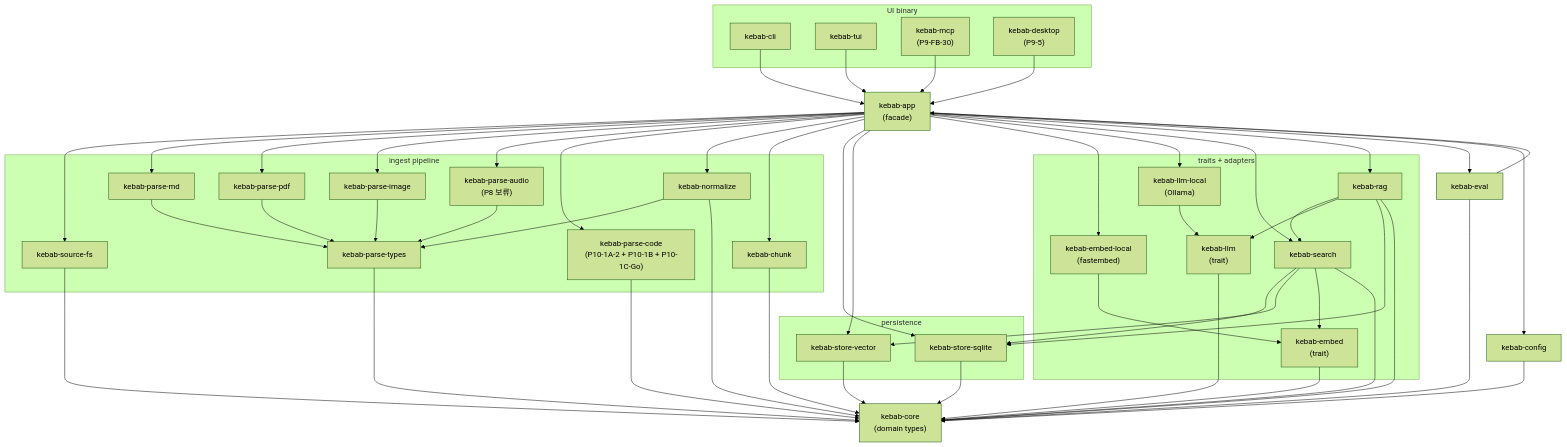
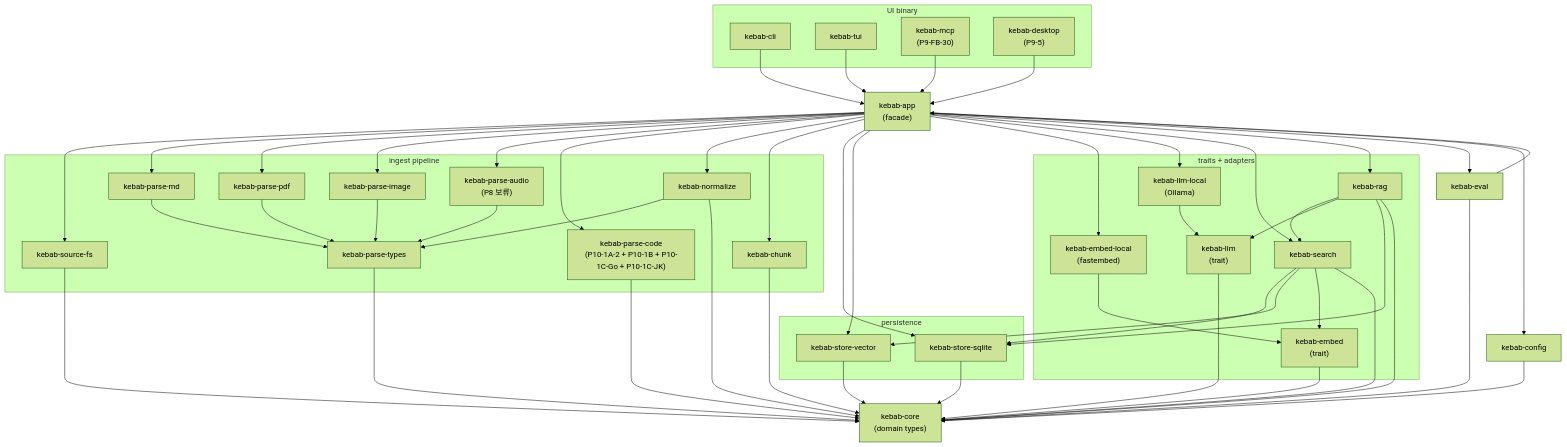
Before and after one commit to altair823/kebab: the diagram in docs/ARCHITECTURE.md, drawn with Mermaid (forest theme). The commit also changed other lines of this file and 8 other files, not shown here.

Commit message:
docs(p10-1c-jk): README/HANDOFF/ARCHITECTURE/SMOKE/INDEX + design §10.1; chore: bump version 0.12.0 → 0.13.0

```diff
--- a/docs/ARCHITECTURE.md
+++ b/docs/ARCHITECTURE.md
@@ -52,7 +52,7 @@
         ppdf["kebab-parse-pdf"]
         pimg["kebab-parse-image"]
         paud["kebab-parse-audio<br/>(P8 보류)"]
-        pcode["kebab-parse-code<br/>(P10-1A-2 + P10-1B + P10-1C-Go)"]
+        pcode["kebab-parse-code<br/>(P10-1A-2 + P10-1B + P10-1C-Go + P10-1C-JK)"]
         ptypes["kebab-parse-types"]
         norm["kebab-normalize"]
         chunk["kebab-chunk"]
```
